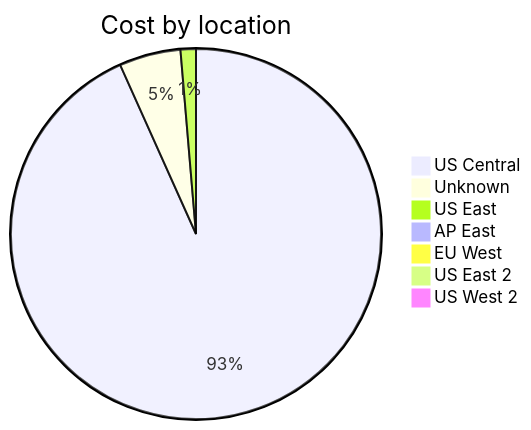
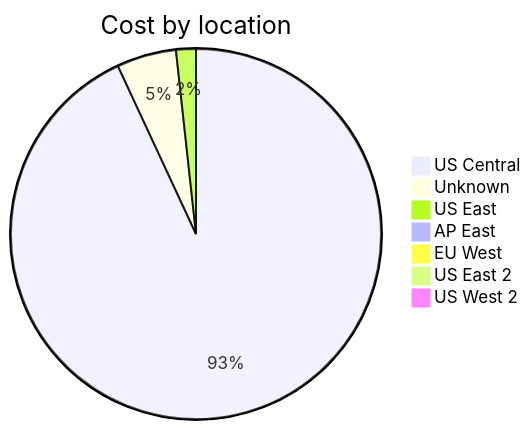
Before and after one commit to jpfulton/azure-personal-reports: the third of 4 diagrams in cost-reports/accumulated-cost.md, drawn with Mermaid. The commit also changed other lines of this file and 4 other files, not shown here.

````diff
--- a/cost-reports/accumulated-cost.md
+++ b/cost-reports/accumulated-cost.md
@@ -123,11 +123,11 @@
 ```mermaid
 pie
    title Cost by location
-   "US Central" : 1.39
-   "Unknown" : 0.08
-   "US East" : 0.02
+   "US Central" : 2.15
+   "Unknown" : 0.12
+   "US East" : 0.04
    "AP East" : 0.00
    "EU West" : 0.00
    "US East 2" : 0.00
    "US West 2" : 0.00
 ```
````
